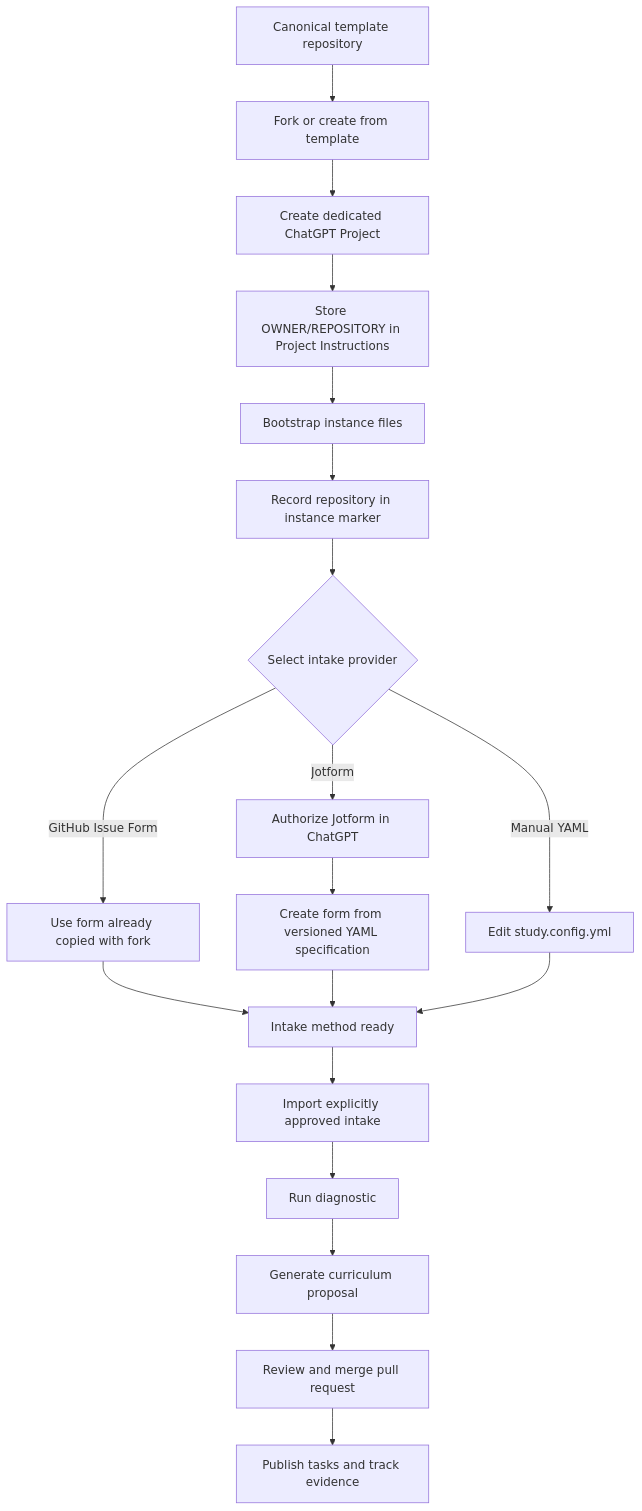
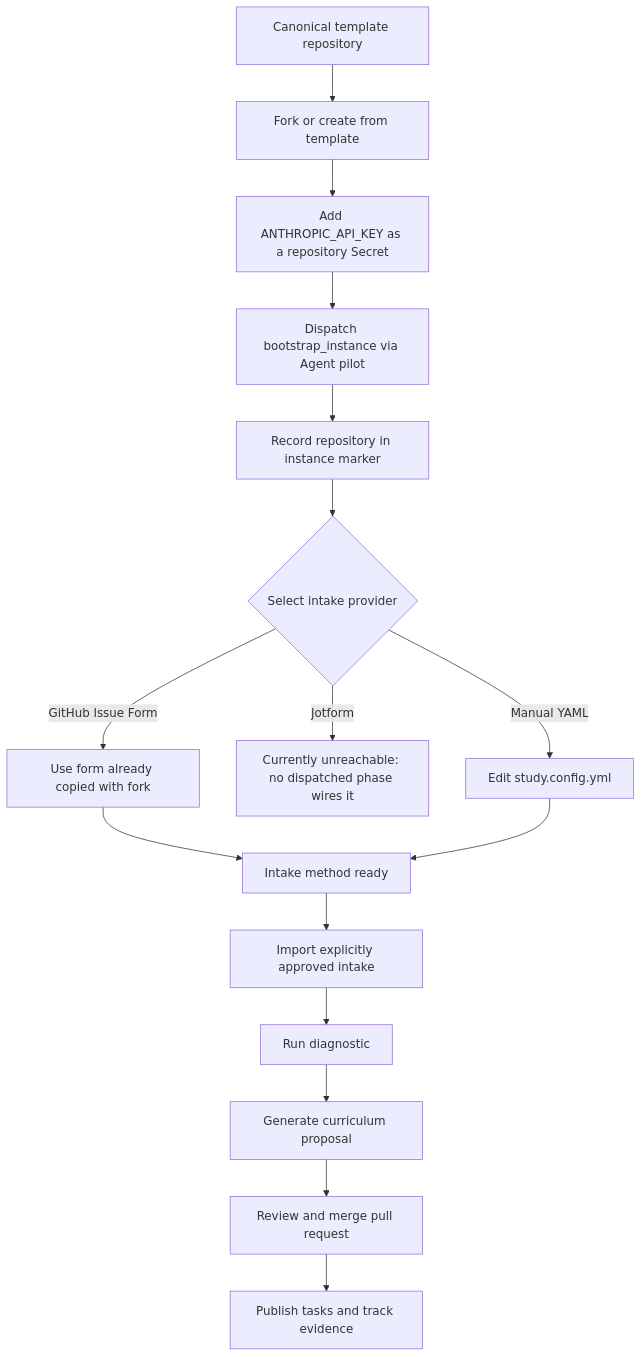
One commit to diegomoura/open-study-path changed the diagram in docs/template-lifecycle.md. Above: the diagram before and after it, drawn with Mermaid. The commit also changed other lines of this file and 27 other files, not shown here.

````diff
--- a/docs/template-lifecycle.md
+++ b/docs/template-lifecycle.md
@@ -5,21 +5,18 @@
 ```mermaid
 flowchart TD
     T[Canonical template repository] --> F[Fork or create from template]
-    F --> CP[Create dedicated ChatGPT Project]
-    CP --> PI[Store OWNER/REPOSITORY in Project Instructions]
-    PI --> B[Bootstrap instance files]
+    F --> S[Add ANTHROPIC_API_KEY as a repository Secret]
+    S --> B[Dispatch bootstrap_instance via Agent pilot]
     B --> IM[Record repository in instance marker]
     IM --> P{Select intake provider}
     P -->|GitHub Issue Form| GI[Use form already copied with fork]
-    P -->|Jotform| JA[Authorize Jotform in ChatGPT]
-    JA --> JC[Create form from versioned YAML specification]
+    P -->|Jotform| JA[Currently unreachable: no dispatched phase wires it]
     P -->|Manual YAML| MY[Edit study.config.yml]
     GI --> R[Intake method ready]
-    JC --> R
     MY --> R
     R --> I[Import explicitly approved intake]
     I --> D[Run diagnostic]
     D --> G[Generate curriculum proposal]
     G --> PR[Review and merge pull request]
     PR --> X[Publish tasks and track evidence]
 ```
````
